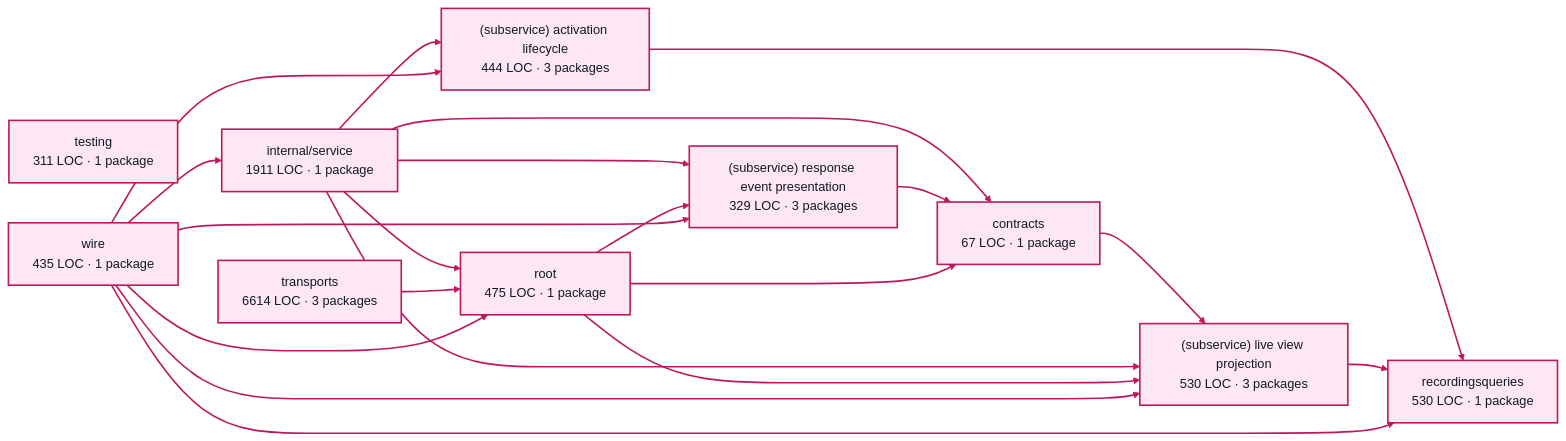
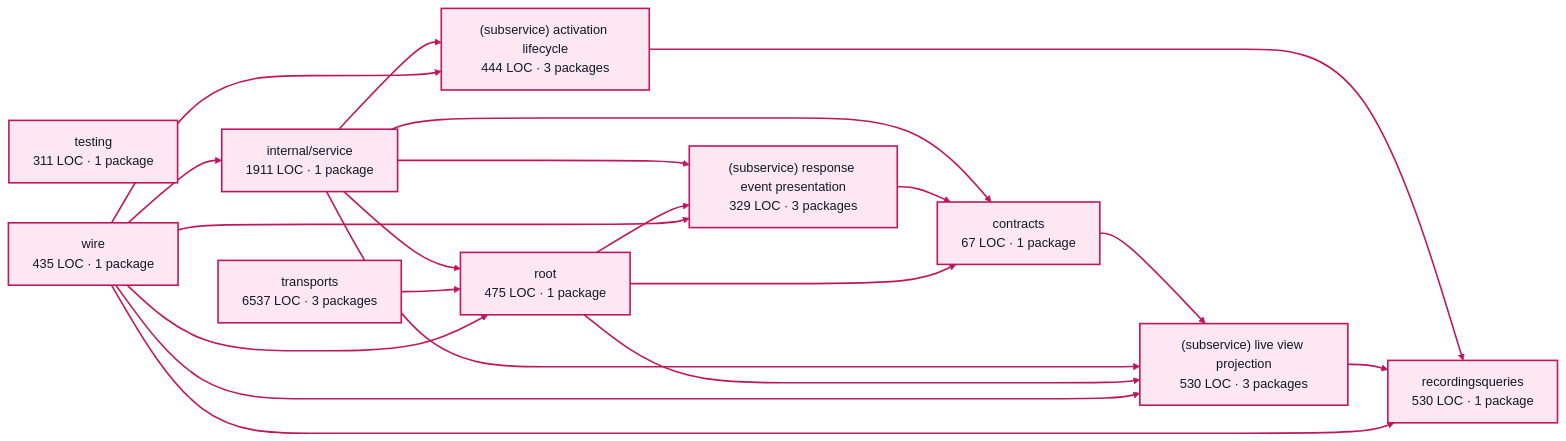
Before and after one commit to portpowered/you-agent-factory: the diagram in docs/architecture/visualizations/services/factory_visualization.md, drawn with Mermaid (forest theme). The commit also changed other lines of this file and 20 other files, not shown here.

Commit message:
docs: refresh backend architecture visualizations

````diff
--- a/docs/architecture/visualizations/services/factory_visualization.md
+++ b/docs/architecture/visualizations/services/factory_visualization.md
@@ -11,43 +11,43 @@
 ```mermaid
 flowchart LR
   p0["contracts<br/>67 LOC · 1 package"]
   p1["recordingsqueries<br/>530 LOC · 1 package"]
   p2["internal/service<br/>1911 LOC · 1 package"]
   p3["(subservice) activation lifecycle<br/>444 LOC · 3 packages"]
   p4["(subservice) live view projection<br/>530 LOC · 3 packages"]
   p5["(subservice) response event presentation<br/>329 LOC · 3 packages"]
   p6["testing<br/>311 LOC · 1 package"]
   p7["root<br/>475 LOC · 1 package"]
-  p8["transports<br/>6614 LOC · 3 packages"]
+  p8["transports<br/>6537 LOC · 3 packages"]
   p9["wire<br/>435 LOC · 1 package"]
   p0 --> p4
   p2 --> p0
   p2 --> p3
   p2 --> p4
   p2 --> p5
   p2 --> p7
   p3 --> p1
   p4 --> p1
   p5 --> p0
   p7 --> p0
   p7 --> p4
   p7 --> p5
   p8 --> p7
   p9 --> p1
   p9 --> p2
   p9 --> p3
   p9 --> p4
   p9 --> p5
   p9 --> p7
   style p0 fill:#fce7f3,stroke:#be185d,stroke-width:2px,color:#111827
   style p1 fill:#fce7f3,stroke:#be185d,stroke-width:2px,color:#111827
   style p2 fill:#fce7f3,stroke:#be185d,stroke-width:2px,color:#111827
   style p3 fill:#fce7f3,stroke:#be185d,stroke-width:2px,color:#111827
   style p4 fill:#fce7f3,stroke:#be185d,stroke-width:2px,color:#111827
   style p5 fill:#fce7f3,stroke:#be185d,stroke-width:2px,color:#111827
   style p6 fill:#fce7f3,stroke:#be185d,stroke-width:2px,color:#111827
   style p7 fill:#fce7f3,stroke:#be185d,stroke-width:2px,color:#111827
   style p8 fill:#fce7f3,stroke:#be185d,stroke-width:2px,color:#111827
   style p9 fill:#fce7f3,stroke:#be185d,stroke-width:2px,color:#111827
   linkStyle default stroke:#be185d,stroke-width:2px
 ```
````
